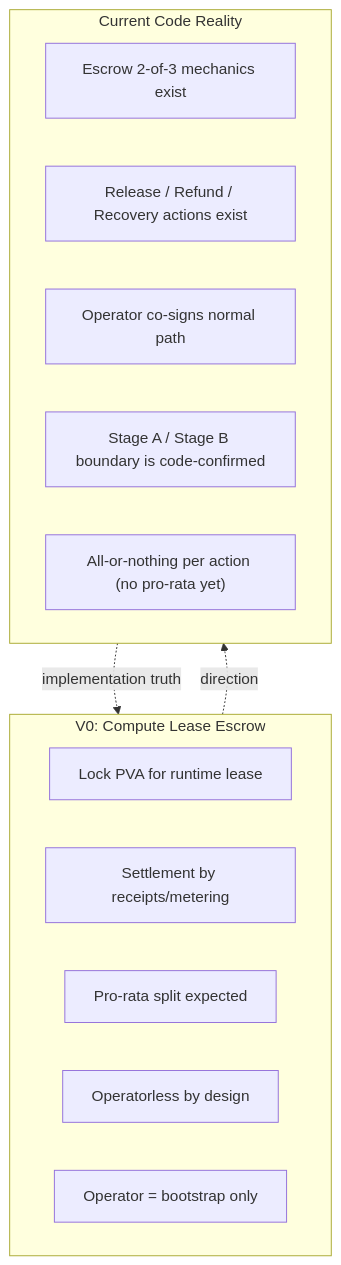
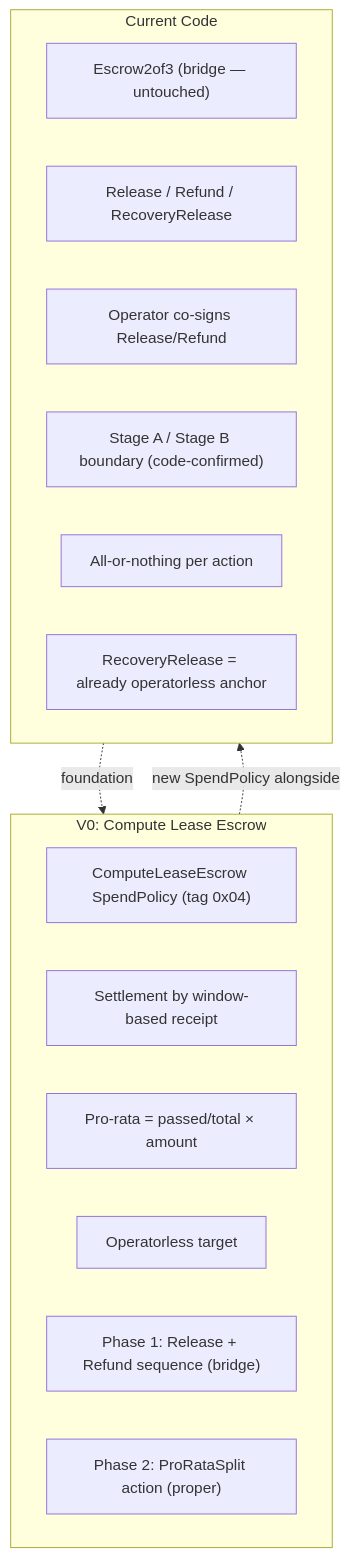
The fifth of 12 diagrams in spec/PRIVAI_V0_PRIVATE_COMPUTE/PRIVAI_V0_DIAGRAMS.md (niirmataa/privAI), drawn with Mermaid before and after one commit. The commit also changed other lines of this file and 211 other files, not shown here.

First line of the commit message:
privAI V0: compute lease types, metering, identity, discovery, hidden sender spec, podsumowanie

````diff
--- a/spec/PRIVAI_V0_PRIVATE_COMPUTE/PRIVAI_V0_DIAGRAMS.md
+++ b/spec/PRIVAI_V0_PRIVATE_COMPUTE/PRIVAI_V0_DIAGRAMS.md
@@ -188,21 +196,23 @@
 ```mermaid
 flowchart TD
     subgraph V0_MODEL["V0: Compute Lease Escrow"]
-        V0A["Lock PVA for runtime lease"]
-        V0B["Settlement by receipts/metering"]
-        V0C["Pro-rata split expected"]
-        V0D["Operatorless by design"]
-        V0E["Operator = bootstrap only"]
+        V0A["ComputeLeaseEscrow SpendPolicy (tag 0x04)"]
+        V0B["Settlement by window-based receipt"]
+        V0C["Pro-rata = passed/total × amount"]
+        V0D["Operatorless target"]
+        V0E["Phase 1: Release + Refund sequence (bridge)"]
+        V0F["Phase 2: ProRataSplit action (proper)"]
     end
 
-    subgraph CURRENT_CODE["Current Code Reality"]
-        CC1["Escrow 2-of-3 mechanics exist"]
-        CC2["Release / Refund / Recovery actions exist"]
-        CC3["Operator co-signs normal path"]
-        CC4["Stage A / Stage B boundary is code-confirmed"]
-        CC5["All-or-nothing per action (no pro-rata yet)"]
+    subgraph CURRENT_CODE["Current Code"]
+        CC1["Escrow2of3 (bridge — untouched)"]
+        CC2["Release / Refund / RecoveryRelease"]
+        CC3["Operator co-signs Release/Refund"]
+        CC4["Stage A / Stage B boundary (code-confirmed)"]
+        CC5["All-or-nothing per action"]
+        CC6["RecoveryRelease = already operatorless anchor"]
     end
 
-    V0_MODEL -.->|"direction"| CURRENT_CODE
-    CURRENT_CODE -.->|"implementation truth"| V0_MODEL
+    V0_MODEL -.->|"new SpendPolicy alongside"| CURRENT_CODE
+    CURRENT_CODE -.->|"foundation"| V0_MODEL
 ```
````
